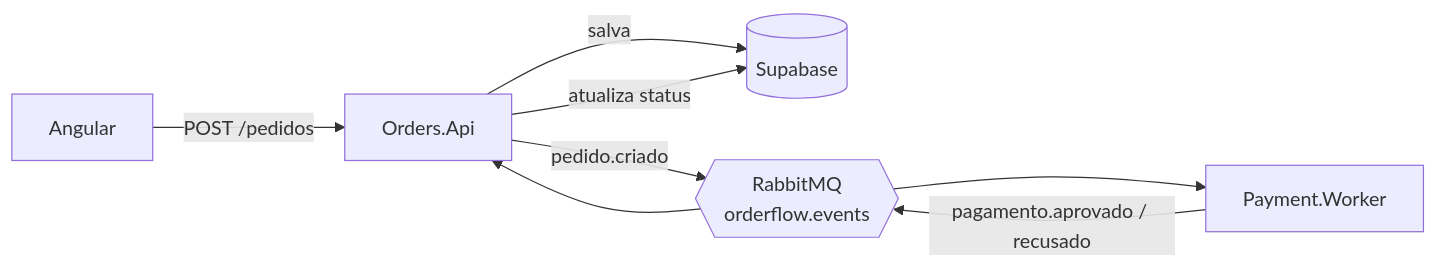
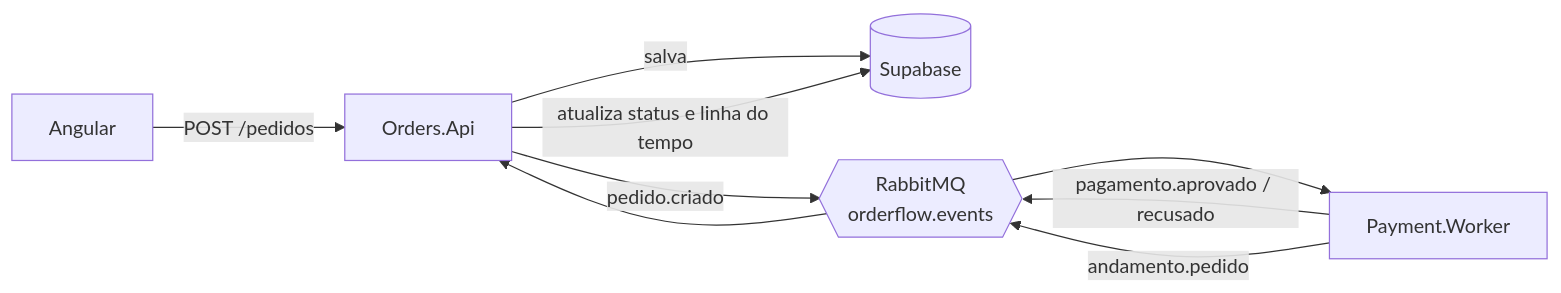
The first of 2 diagrams in README.md (julioweeb/Order-Flow-fila), drawn with Mermaid before and after one commit. The commit also changed other lines of this file, not shown here.

````diff
--- a/README.md
+++ b/README.md
@@ -7,10 +18,11 @@
 ```mermaid
 flowchart LR
-    A[Angular] -->|POST /pedidos| B[Orders.Api]
-    B -->|salva| D[(Supabase)]
-    B -->|pedido.criado| E{{RabbitMQ<br/>orderflow.events}}
-    E --> F[Payment.Worker]
-    F -->|pagamento.aprovado / recusado| E
-    E --> B
-    B -->|atualiza status| D
+    F[Angular] -->|POST /pedidos| A[Orders.Api]
+    A -->|salva| D[(Supabase)]
+    A -->|pedido.criado| E{{RabbitMQ<br/>orderflow.events}}
+    E --> W[Payment.Worker]
+    W -->|pagamento.aprovado / recusado| E
+    W -->|andamento.pedido| E
+    E --> A
+    A -->|atualiza status e linha do tempo| D
 ```
````
